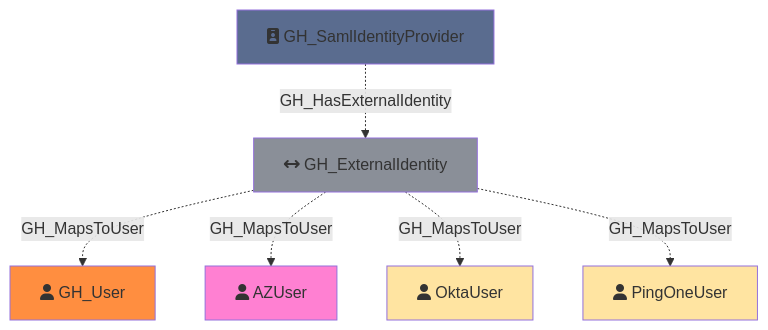
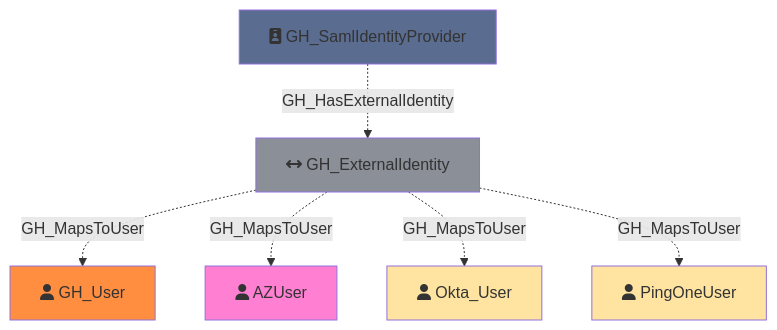
One commit to SpecterOps/GitHound changed the diagram in Documentation/NodeDescriptions/GH_ExternalIdentity.md. Above: the diagram before and after it, drawn with Mermaid. The commit also changed 9 other files, not shown here.

````diff
--- a/Documentation/NodeDescriptions/GH_ExternalIdentity.md
+++ b/Documentation/NodeDescriptions/GH_ExternalIdentity.md
@@ -44,22 +44,22 @@
 ```mermaid
 flowchart TD
     GH_SamlIdentityProvider[fa:fa-id-badge GH_SamlIdentityProvider]
     GH_ExternalIdentity[fa:fa-arrows-left-right GH_ExternalIdentity]
     GH_User[fa:fa-user GH_User]
     AZUser[fa:fa-user AZUser]
-    OktaUser[fa:fa-user OktaUser]
+    Okta_User[fa:fa-user Okta_User]
     PingOneUser[fa:fa-user PingOneUser]
 
     style GH_SamlIdentityProvider fill:#5A6C8F
     style GH_ExternalIdentity fill:#8A8F98
     style GH_User fill:#FF8E40
     style AZUser fill:#FF80D2
-    style OktaUser fill:#FFE4A1
+    style Okta_User fill:#FFE4A1
     style PingOneUser fill:#FFE4A1
 
     GH_SamlIdentityProvider -.->|GH_HasExternalIdentity| GH_ExternalIdentity
     GH_ExternalIdentity -.->|GH_MapsToUser| GH_User
     GH_ExternalIdentity -.->|GH_MapsToUser| AZUser
-    GH_ExternalIdentity -.->|GH_MapsToUser| OktaUser
+    GH_ExternalIdentity -.->|GH_MapsToUser| Okta_User
     GH_ExternalIdentity -.->|GH_MapsToUser| PingOneUser
 ```
````
